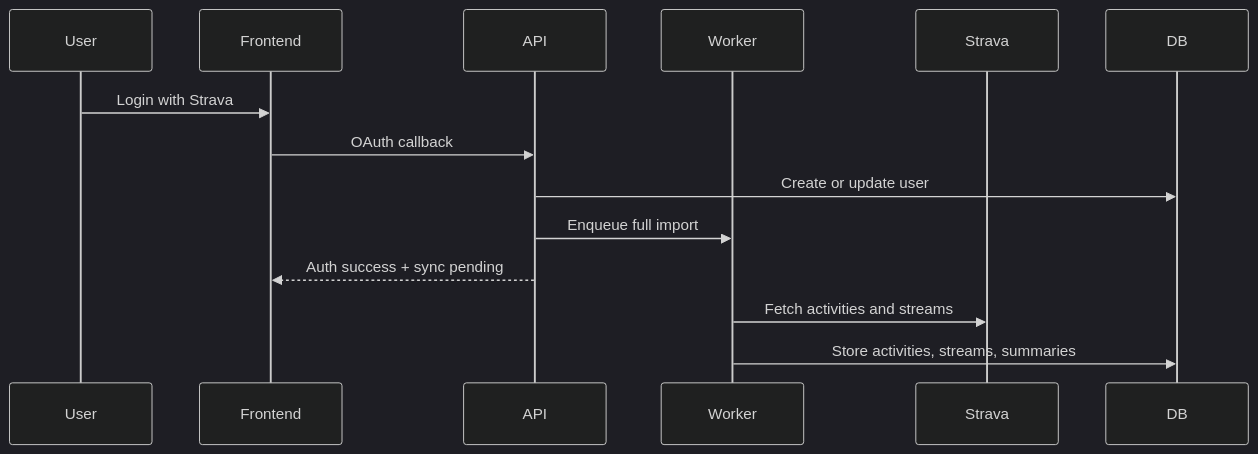
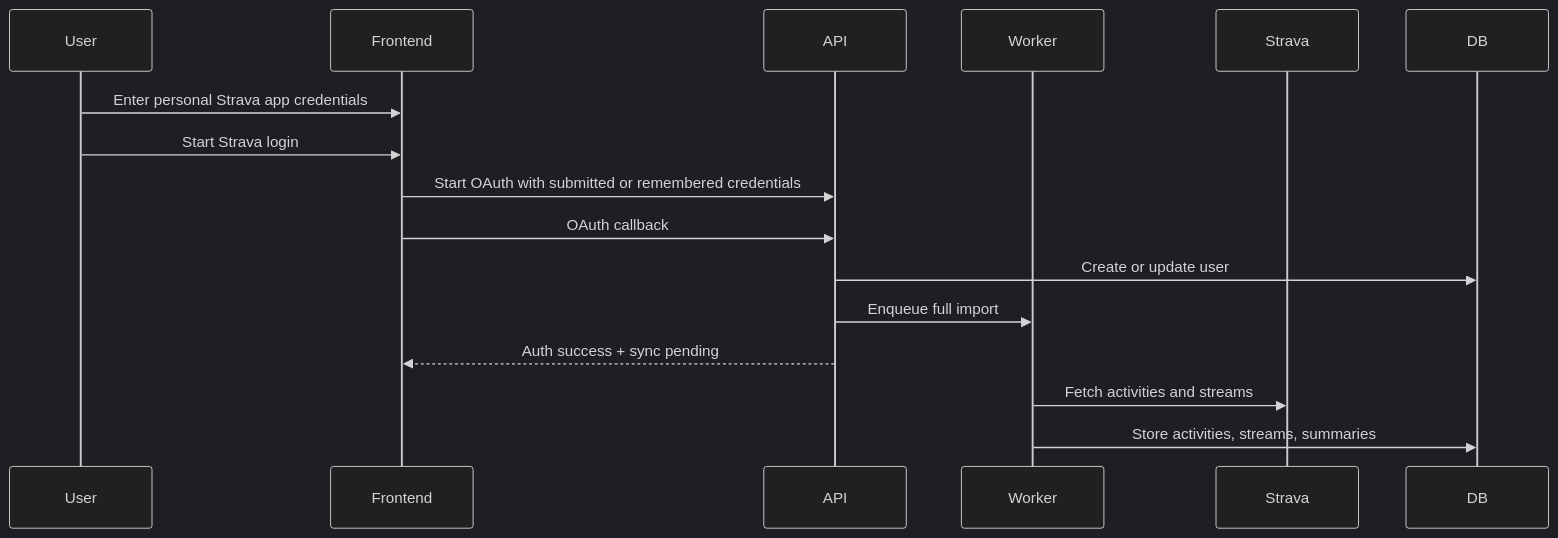
The second of 2 diagrams in docs/specification.md (jirijanecek77/strava-insights), drawn with Mermaid (dark theme) before and after one commit. The commit also changed other lines of this file and 31 other files, not shown here.

Commit message:
added user-specific Strava app credentials to replace shared env-based configuration; updated OAuth flow and token management accordingly

````diff
--- a/docs/specification.md
+++ b/docs/specification.md
@@ -438,17 +439,19 @@
 ```mermaid
 sequenceDiagram
     participant User
     participant Frontend
     participant API
     participant Worker
     participant Strava
     participant DB
 
-    User->>Frontend: Login with Strava
+    User->>Frontend: Enter personal Strava app credentials
+    User->>Frontend: Start Strava login
+    Frontend->>API: Start OAuth with submitted or remembered credentials
     Frontend->>API: OAuth callback
     API->>DB: Create or update user
     API->>Worker: Enqueue full import
     API-->>Frontend: Auth success + sync pending
     Worker->>Strava: Fetch activities and streams
     Worker->>DB: Store activities, streams, summaries
 ```
````
